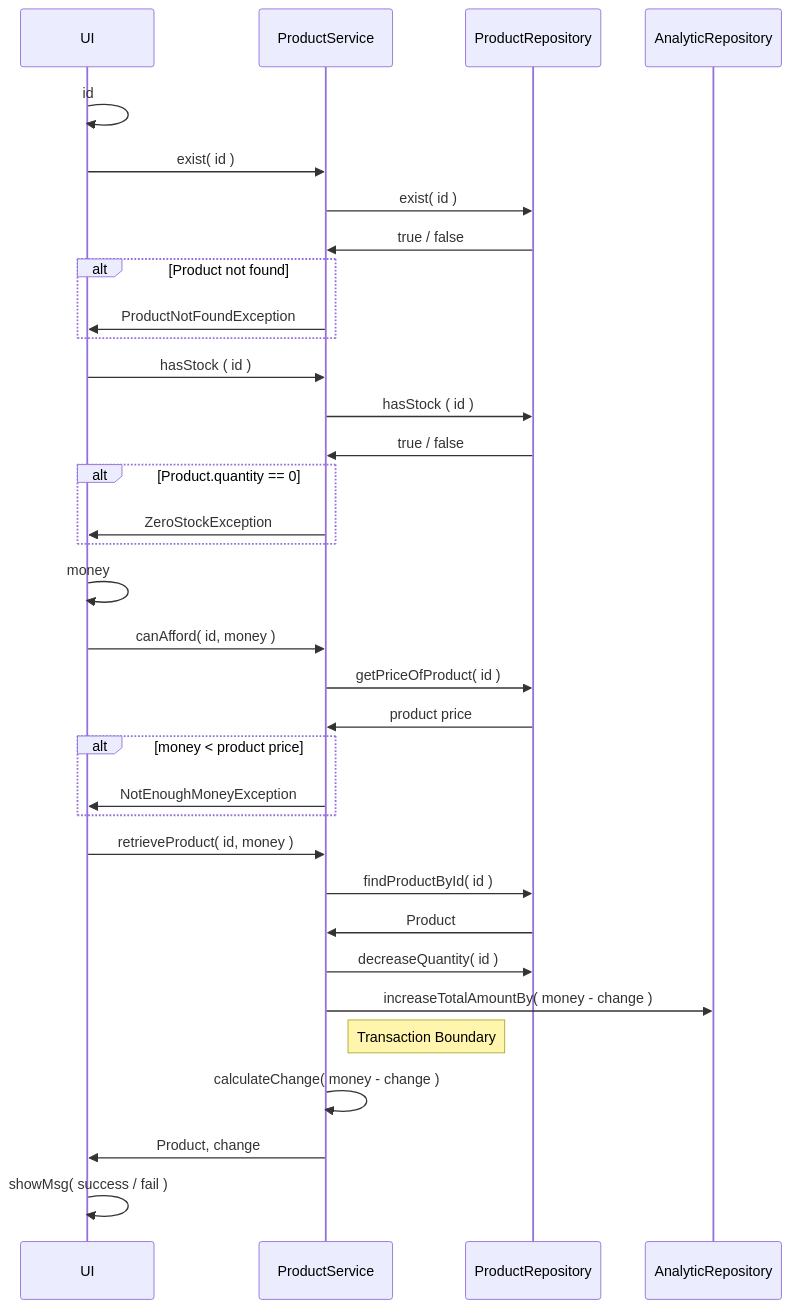
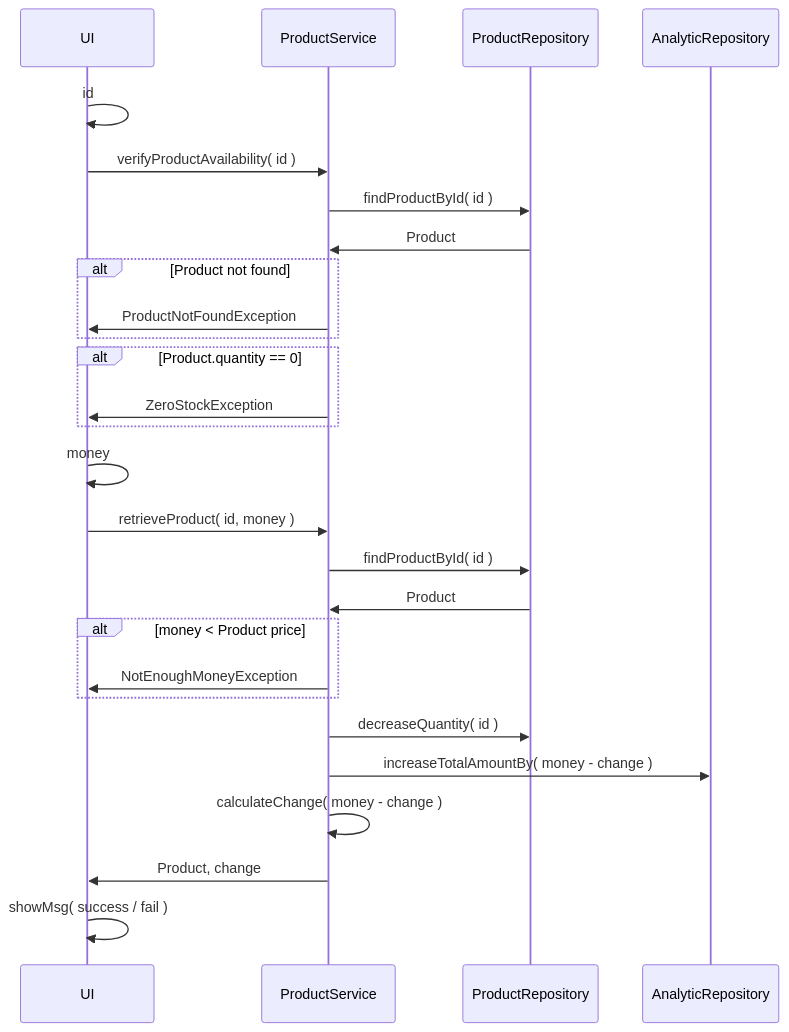
The third of 5 diagrams in README.md (Apameus/Vending_Machine), drawn with Mermaid before and after one commit. The commit also changed other lines of this file and 1 other file, not shown here.

Commit message:
README (Technical Doc):

````diff
--- a/README.md
+++ b/README.md
@@ -63,42 +63,34 @@
 ```mermaid
 sequenceDiagram
 participant UI
 participant PS as ProductService
 participant PR as ProductRepository
 participant AR as AnalyticRepository
 
 UI ->> UI: id
-        UI ->> PS: exist( id )
-    PS ->> PR: exist( id )
-    PR ->> PS: true / false
-    alt Product not found
-        PS ->> UI: ProductNotFoundException
-    end
+UI ->> PS: verifyProductAvailability( id )
+PS ->> PR: findProductById( id )
+PR ->> PS: Product
+        
+alt Product not found
+    PS ->> UI: ProductNotFoundException
+end
+alt Product.quantity == 0
+    PS ->> UI: ZeroStockException
+end
+UI ->> UI: money
 
-    UI ->> PS: hasStock ( id )
-    PS ->> PR: hasStock ( id )
 
-    PR ->> PS: true / false
-    alt Product.quantity == 0
-        PS ->> UI: ZeroStockException
-    end
-    UI ->> UI: money
+UI ->> PS: retrieveProduct( id, money )
+PS ->> PR: findProductById( id )
+PR ->> PS: Product
+alt money < Product price
+    PS ->> UI: NotEnoughMoneyException
+end
 
-    UI ->> PS: canAfford( id, money )
-    PS ->> PR: getPriceOfProduct( id )
-        PR ->>PS: product price
-
-    alt money < product price
-        PS ->> UI: NotEnoughMoneyException
-    end
-    UI ->> PS: retrieveProduct( id, money )
-    PS ->> PR: findProductById( id )
-    PR ->> PS: Product
-
-    PS ->> PR: decreaseQuantity( id )
+PS ->> PR: decreaseQuantity( id )
 PS ->> AR: increaseTotalAmountBy( money - change )
-        Note right of PS: Transaction Boundary
 PS ->> PS: calculateChange( money - change )
 PS ->> UI: Product, change
 UI ->> UI: showMsg( success / fail )   
 ```
````
